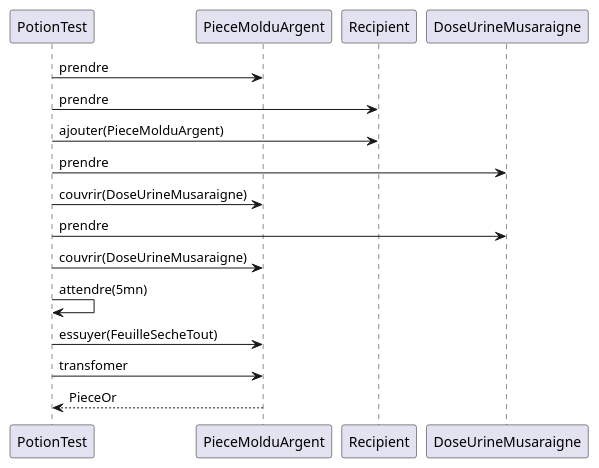
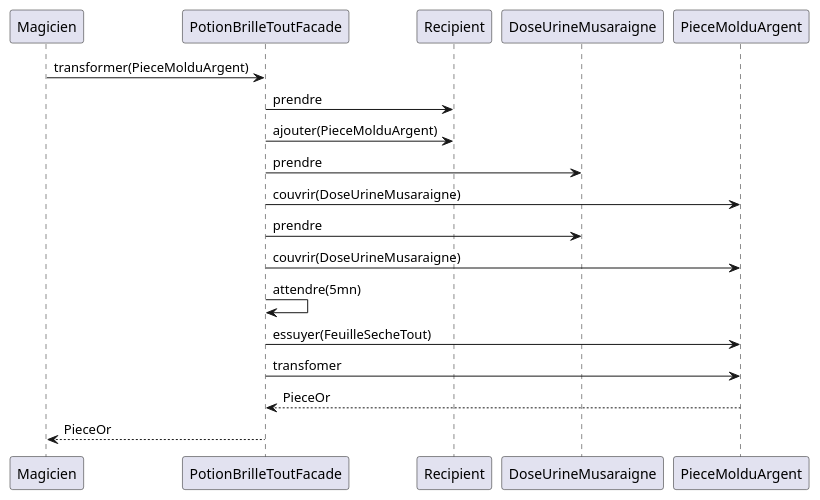
One commit to jandry/design-pattern changed the diagram in src/uml/facadeSequence.puml. Above: the diagram before and after it, drawn with PlantUML. The commit also changed 4 other files, not shown here.

```diff
--- a/src/uml/facadeSequence.puml
+++ b/src/uml/facadeSequence.puml
@@ -1,13 +1,14 @@
 @startuml FacadeSequence
-PotionTest -> PieceMolduArgent: prendre
-PotionTest -> Recipient : prendre
-PotionTest -> Recipient: ajouter(PieceMolduArgent)
-PotionTest -> DoseUrineMusaraigne: prendre
-PotionTest -> PieceMolduArgent: couvrir(DoseUrineMusaraigne)
-PotionTest -> DoseUrineMusaraigne: prendre
-PotionTest -> PieceMolduArgent: couvrir(DoseUrineMusaraigne)
-PotionTest -> PotionTest: attendre(5mn)
-PotionTest -> PieceMolduArgent: essuyer(FeuilleSecheTout)
-PotionTest -> PieceMolduArgent: transfomer
-PieceMolduArgent --> PotionTest: PieceOr
+Magicien -> PotionBrilleToutFacade: transformer(PieceMolduArgent)
+PotionBrilleToutFacade -> Recipient : prendre
+PotionBrilleToutFacade -> Recipient: ajouter(PieceMolduArgent)
+PotionBrilleToutFacade -> DoseUrineMusaraigne: prendre
+PotionBrilleToutFacade -> PieceMolduArgent: couvrir(DoseUrineMusaraigne)
+PotionBrilleToutFacade -> DoseUrineMusaraigne: prendre
+PotionBrilleToutFacade -> PieceMolduArgent: couvrir(DoseUrineMusaraigne)
+PotionBrilleToutFacade -> PotionBrilleToutFacade: attendre(5mn)
+PotionBrilleToutFacade -> PieceMolduArgent: essuyer(FeuilleSecheTout)
+PotionBrilleToutFacade -> PieceMolduArgent: transfomer
+PieceMolduArgent --> PotionBrilleToutFacade: PieceOr
+PotionBrilleToutFacade --> Magicien: PieceOr
 @enduml
```
